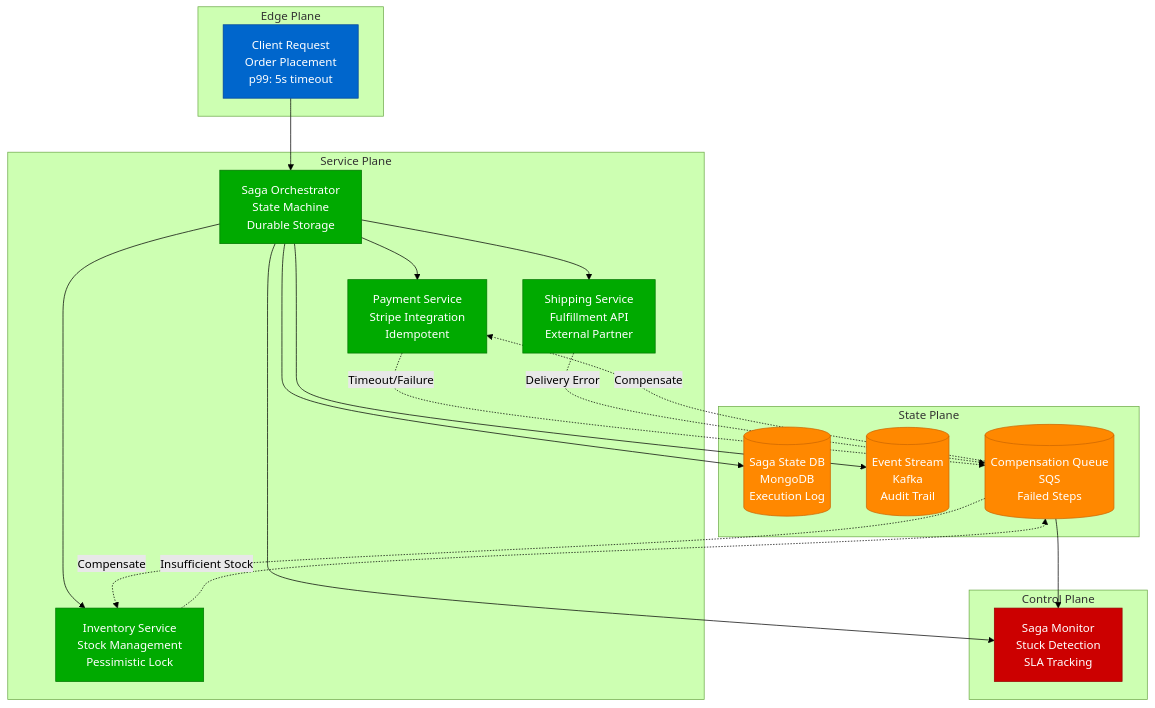
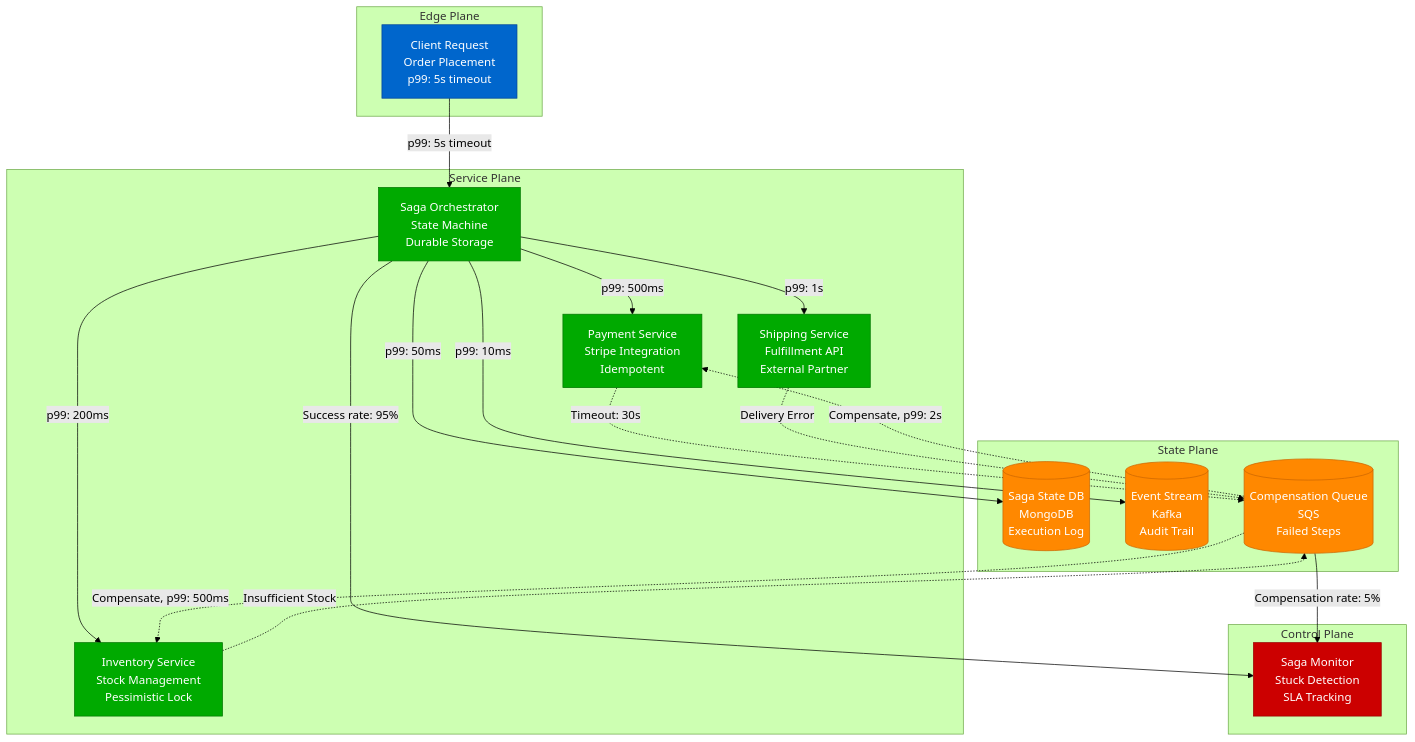
Before and after one commit to deepaucksharma/DS: the second of 12 diagrams in site/docs/patterns/micro-patterns.md, drawn with Mermaid (forest theme). The commit also changed other lines of this file and 108 other files, not shown here.

````diff
--- a/site/docs/patterns/micro-patterns.md
+++ b/site/docs/patterns/micro-patterns.md
@@ -91,54 +91,54 @@
 ```mermaid
 graph TB
     subgraph EdgePlane[Edge Plane]
         CLIENT[Client Request<br/>Order Placement<br/>p99: 5s timeout]
     end
 
     subgraph ServicePlane[Service Plane]
         ORCH[Saga Orchestrator<br/>State Machine<br/>Durable Storage]
         PAY[Payment Service<br/>Stripe Integration<br/>Idempotent]
         INV[Inventory Service<br/>Stock Management<br/>Pessimistic Lock]
         SHIP[Shipping Service<br/>Fulfillment API<br/>External Partner]
     end
 
     subgraph StatePlane[State Plane]
         SAGA_DB[(Saga State DB<br/>MongoDB<br/>Execution Log)]
         EVENT_LOG[(Event Stream<br/>Kafka<br/>Audit Trail)]
         COMP_QUEUE[(Compensation Queue<br/>SQS<br/>Failed Steps)]
     end
 
     subgraph ControlPlane[Control Plane]
         MON[Saga Monitor<br/>Stuck Detection<br/>SLA Tracking]
     end
 
     %% Normal flow
-    CLIENT --> ORCH
-    ORCH --> PAY
-    ORCH --> INV
-    ORCH --> SHIP
+    CLIENT -->|p99: 5s timeout| ORCH
+    ORCH -->|p99: 500ms| PAY
+    ORCH -->|p99: 200ms| INV
+    ORCH -->|p99: 1s| SHIP
 
     %% State management
-    ORCH --> SAGA_DB
-    ORCH --> EVENT_LOG
+    ORCH -->|p99: 50ms| SAGA_DB
+    ORCH -->|p99: 10ms| EVENT_LOG
 
     %% Failure compensation
-    PAY -.->|Timeout/Failure| COMP_QUEUE
+    PAY -.->|Timeout: 30s| COMP_QUEUE
     INV -.->|Insufficient Stock| COMP_QUEUE
     SHIP -.->|Delivery Error| COMP_QUEUE
-    COMP_QUEUE -.->|Compensate| PAY
-    COMP_QUEUE -.->|Compensate| INV
+    COMP_QUEUE -.->|Compensate, p99: 2s| PAY
+    COMP_QUEUE -.->|Compensate, p99: 500ms| INV
 
     %% Monitoring
-    ORCH --> MON
-    COMP_QUEUE --> MON
+    ORCH -->|Success rate: 95%| MON
+    COMP_QUEUE -->|Compensation rate: 5%| MON
 
     classDef edgeStyle fill:#0066CC,stroke:#004499,color:#fff
     classDef serviceStyle fill:#00AA00,stroke:#007700,color:#fff
     classDef stateStyle fill:#FF8800,stroke:#CC6600,color:#fff
     classDef controlStyle fill:#CC0000,stroke:#990000,color:#fff
 
     class CLIENT edgeStyle
     class ORCH,PAY,INV,SHIP serviceStyle
     class SAGA_DB,EVENT_LOG,COMP_QUEUE stateStyle
     class MON controlStyle
 ```
````
